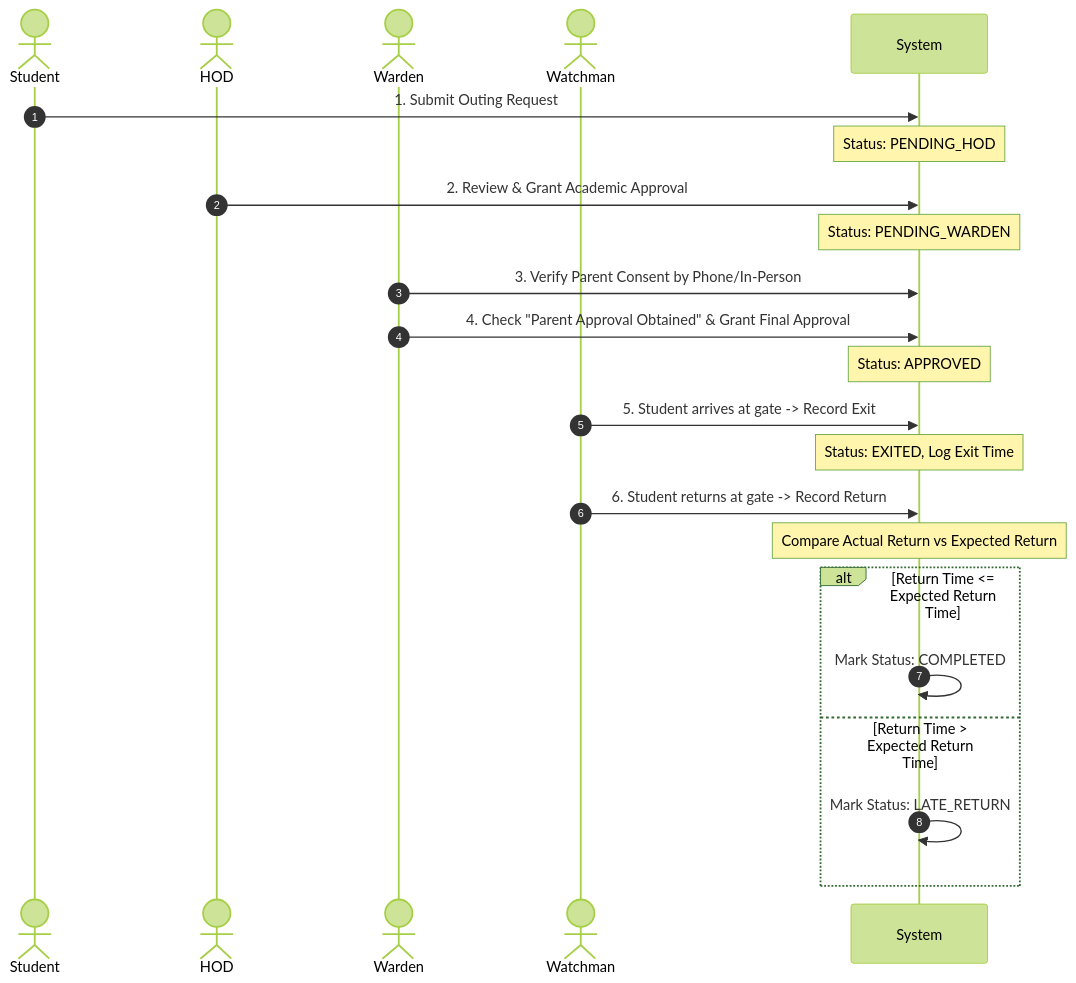
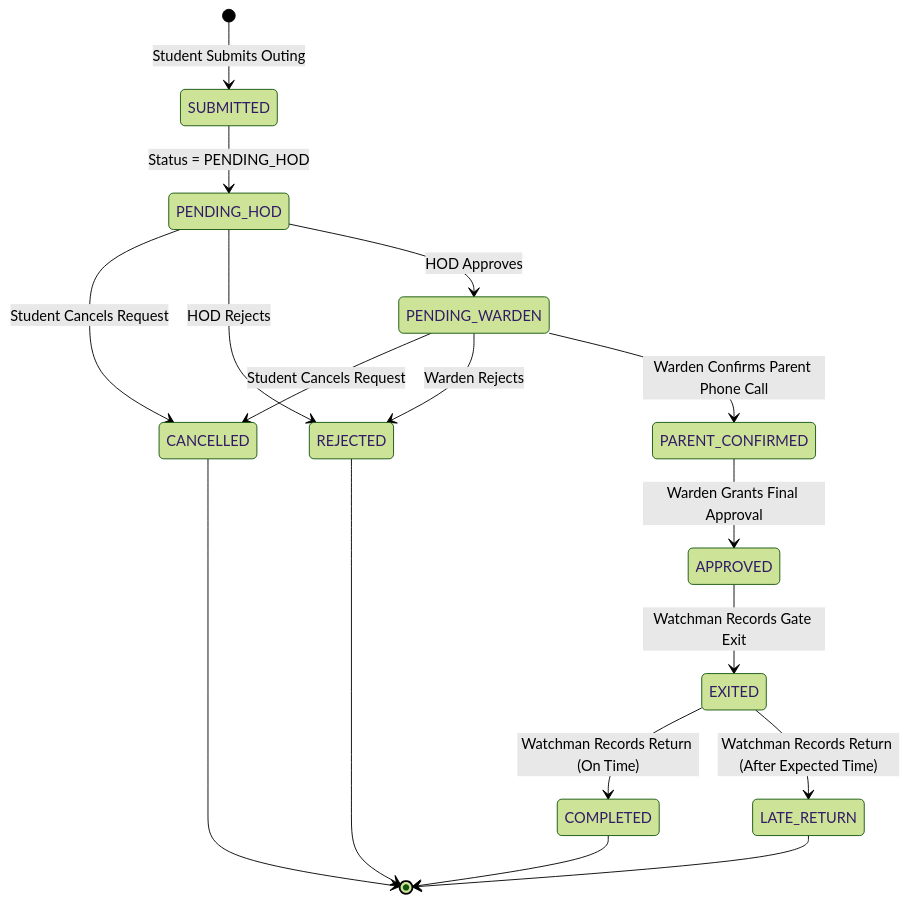
The fourth of 4 diagrams in docs/architecture.md (Shrikaran202005/Hostel_Outpass_System), drawn with Mermaid (forest theme) before and after one commit. The commit also changed other lines of this file and 11 other files, not shown here.

````diff
--- a/docs/architecture.md
+++ b/docs/architecture.md
@@ -54,26 +320,25 @@
 ```mermaid
-sequenceDiagram
-    autonumber
-    actor Student
-    actor HOD
-    actor Warden
-    actor Watchman
-    participant System
+stateDiagram-v2
+    [*] --> SUBMITTED: Student Submits Outing
+    SUBMITTED --> PENDING_HOD: Status = PENDING_HOD
+    
+    PENDING_HOD --> CANCELLED: Student Cancels Request
+    PENDING_HOD --> REJECTED: HOD Rejects
+    PENDING_HOD --> PENDING_WARDEN: HOD Approves
 
-    Student->>System: 1. Submit Outing Request
-    Note over System: Status: PENDING_HOD
-    HOD->>System: 2. Review & Grant Academic Approval
-    Note over System: Status: PENDING_WARDEN
-    Warden->>System: 3. Verify Parent Consent by Phone/In-Person
-    Warden->>System: 4. Check "Parent Approval Obtained" & Grant Final Approval
-    Note over System: Status: APPROVED
-    Watchman->>System: 5. Student arrives at gate -> Record Exit
-    Note over System: Status: EXITED, Log Exit Time
-    Watchman->>System: 6. Student returns at gate -> Record Return
-    Note over System: Compare Actual Return vs Expected Return
-    alt Return Time <= Expected Return Time
-        System->>System: Mark Status: COMPLETED
-    else Return Time > Expected Return Time
-        System->>System: Mark Status: LATE_RETURN
-    end
+    PENDING_WARDEN --> CANCELLED: Student Cancels Request
+    PENDING_WARDEN --> REJECTED: Warden Rejects
+    PENDING_WARDEN --> PARENT_CONFIRMED: Warden Confirms Parent Phone Call
+    
+    PARENT_CONFIRMED --> APPROVED: Warden Grants Final Approval
+    
+    APPROVED --> EXITED: Watchman Records Gate Exit
+    
+    EXITED --> COMPLETED: Watchman Records Return (On Time)
+    EXITED --> LATE_RETURN: Watchman Records Return (After Expected Time)
+    
+    COMPLETED --> [*]
+    LATE_RETURN --> [*]
+    REJECTED --> [*]
+    CANCELLED --> [*]
 ```
````
